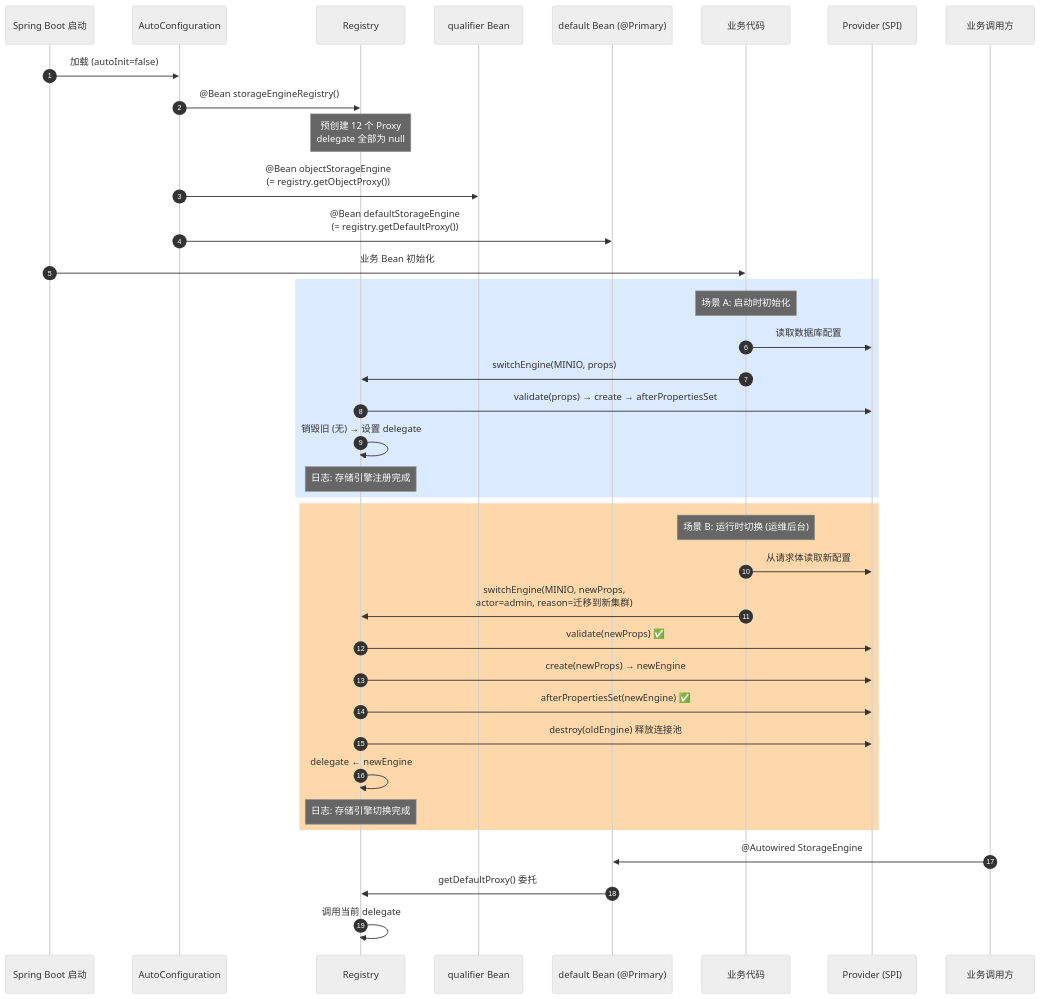
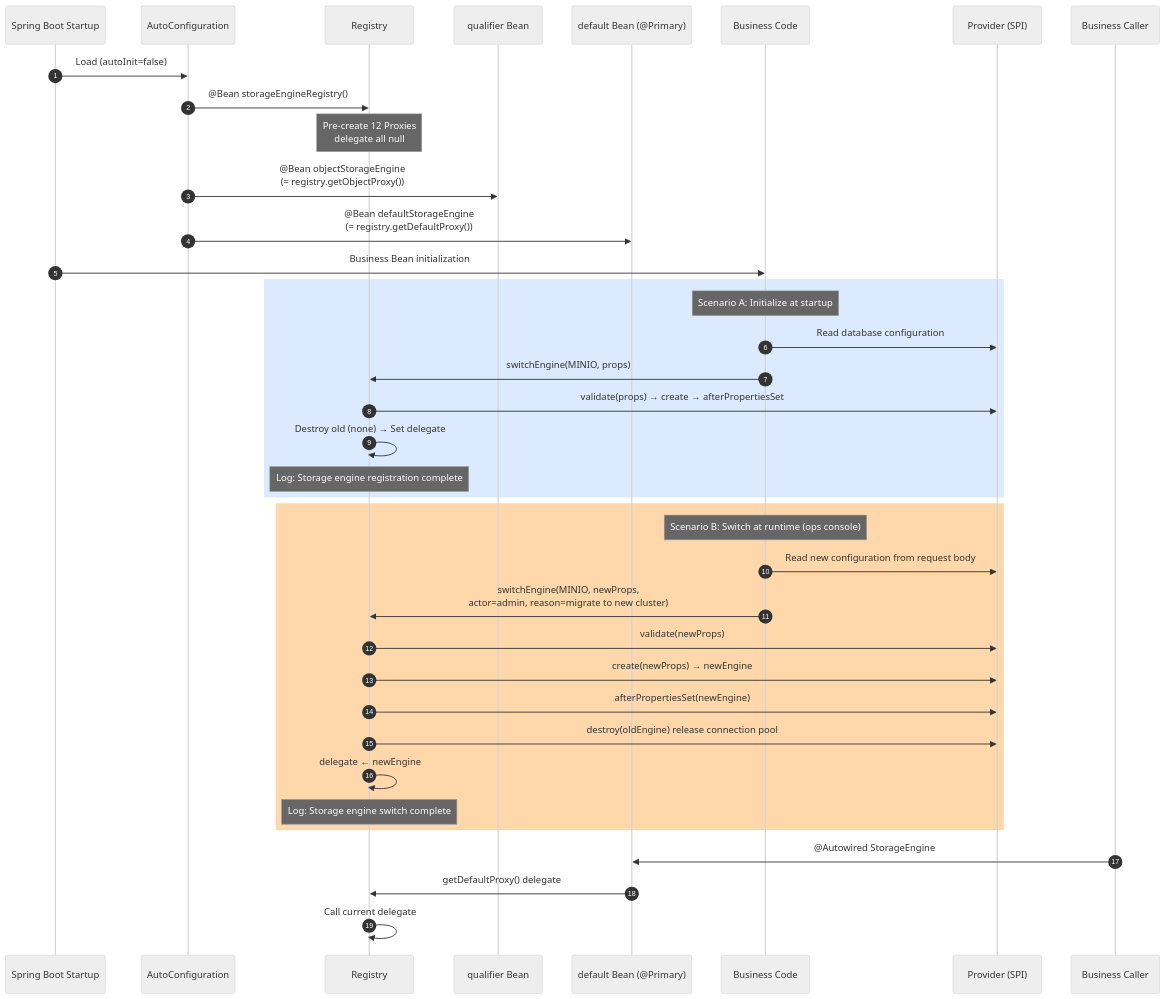
Before and after one commit to richie696/atlas-richie-platform: the fourth of 4 diagrams in atlas-richie-component/atlas-richie-component-storage/README.md, drawn with Mermaid (neutral theme). The commit also changed other lines of this file and 128 other files, not shown here.

````diff
--- a/atlas-richie-component/atlas-richie-component-storage/README.md
+++ b/atlas-richie-component/atlas-richie-component-storage/README.md
@@ -423,44 +423,44 @@
 ```mermaid
 sequenceDiagram
     autonumber
-    participant Boot as Spring Boot 启动
+    participant Boot as Spring Boot Startup
     participant AC as AutoConfiguration
     participant Reg as Registry
     participant Qual as qualifier Bean
     participant DefB as default Bean (@Primary)
-    participant Biz as 业务代码
+    participant Biz as Business Code
     participant Provider as Provider (SPI)
-    participant App as 业务调用方
+    participant App as Business Caller
 
-    Boot->>AC: 加载 (autoInit=false)
+    Boot->>AC: Load (autoInit=false)
     AC->>Reg: @Bean storageEngineRegistry()
-    Note over Reg: 预创建 12 个 Proxy<br/>delegate 全部为 null
+    Note over Reg: Pre-create 12 Proxies<br/>delegate all null
     AC->>Qual: @Bean objectStorageEngine<br/>(= registry.getObjectProxy())
     AC->>DefB: @Bean defaultStorageEngine<br/>(= registry.getDefaultProxy())
-    Boot->>Biz: 业务 Bean 初始化
+    Boot->>Biz: Business Bean initialization
 
     rect rgb(219, 234, 254)
-    Note over Biz: 场景 A: 启动时初始化
-    Biz->>Provider: 读取数据库配置
+    Note over Biz: Scenario A: Initialize at startup
+    Biz->>Provider: Read database configuration
     Biz->>Reg: switchEngine(MINIO, props)
     Reg->>Provider: validate(props) → create → afterPropertiesSet
-    Reg->>Reg: 销毁旧 (无) → 设置 delegate
-    Note over Reg: 日志: 存储引擎注册完成
+    Reg->>Reg: Destroy old (none) → Set delegate
+    Note over Reg: Log: Storage engine registration complete
     end
 
     rect rgb(254, 215, 170)
-    Note over Biz: 场景 B: 运行时切换 (运维后台)
-    Biz->>Provider: 从请求体读取新配置
-    Biz->>Reg: switchEngine(MINIO, newProps,<br/>actor=admin, reason=迁移到新集群)
-    Reg->>Provider: validate(newProps) ✅
+    Note over Biz: Scenario B: Switch at runtime (ops console)
+    Biz->>Provider: Read new configuration from request body
+    Biz->>Reg: switchEngine(MINIO, newProps,<br/>actor=admin, reason=migrate to new cluster)
+    Reg->>Provider: validate(newProps)
     Reg->>Provider: create(newProps) → newEngine
-    Reg->>Provider: afterPropertiesSet(newEngine) ✅
-    Reg->>Provider: destroy(oldEngine) 释放连接池
+    Reg->>Provider: afterPropertiesSet(newEngine)
+    Reg->>Provider: destroy(oldEngine) release connection pool
     Reg->>Reg: delegate ← newEngine
-    Note over Reg: 日志: 存储引擎切换完成
+    Note over Reg: Log: Storage engine switch complete
     end
 
     App->>DefB: @Autowired StorageEngine
-    DefB->>Reg: getDefaultProxy() 委托
-    Reg->>Reg: 调用当前 delegate
+    DefB->>Reg: getDefaultProxy() delegate
+    Reg->>Reg: Call current delegate
 ```
````
